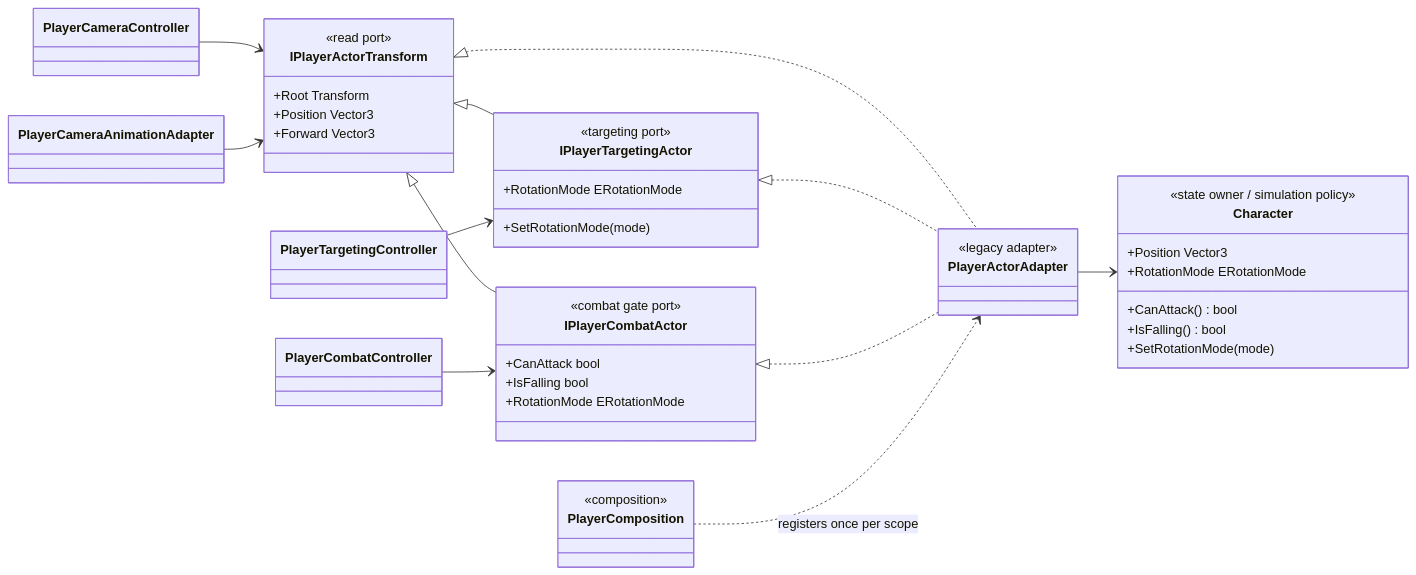
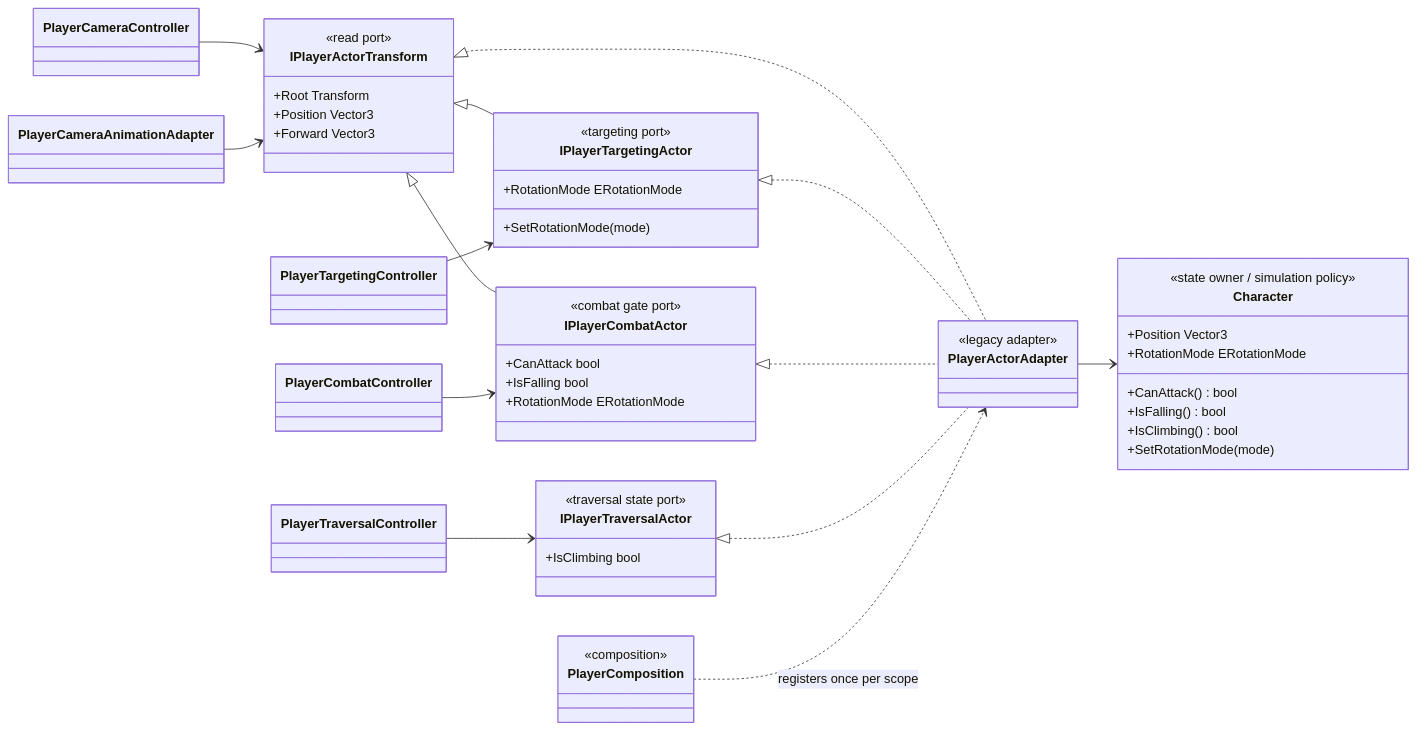
One commit to MaximFonariuc/project-s changed the first of 2 diagrams in Docs/Architecture/Player.ActorBoundary.md. Above: the diagram before and after it, drawn with Mermaid. The commit also changed other lines of this file and 26 other files, not shown here.

Commit message:
refactor: extract player traversal orchestration

````diff
--- a/Docs/Architecture/Player.ActorBoundary.md
+++ b/Docs/Architecture/Player.ActorBoundary.md
@@ -11,52 +11,60 @@
 ```mermaid
 classDiagram
     direction LR
 
     class IPlayerActorTransform {
         <<read port>>
         +Root Transform
         +Position Vector3
         +Forward Vector3
     }
     class IPlayerTargetingActor {
         <<targeting port>>
         +RotationMode ERotationMode
         +SetRotationMode(mode)
     }
     class IPlayerCombatActor {
         <<combat gate port>>
         +CanAttack bool
         +IsFalling bool
         +RotationMode ERotationMode
     }
+    class IPlayerTraversalActor {
+        <<traversal state port>>
+        +IsClimbing bool
+    }
     class PlayerActorAdapter {
         <<legacy adapter>>
     }
     class Character {
         <<state owner / simulation policy>>
         +Position Vector3
         +RotationMode ERotationMode
         +CanAttack() bool
         +IsFalling() bool
+        +IsClimbing() bool
         +SetRotationMode(mode)
     }
     class PlayerCameraController
     class PlayerCameraAnimationAdapter
     class PlayerTargetingController
     class PlayerCombatController
+    class PlayerTraversalController
     class PlayerComposition {
         <<composition>>
     }
 
     IPlayerActorTransform <|-- IPlayerTargetingActor
     IPlayerActorTransform <|-- IPlayerCombatActor
     IPlayerActorTransform <|.. PlayerActorAdapter
     IPlayerTargetingActor <|.. PlayerActorAdapter
     IPlayerCombatActor <|.. PlayerActorAdapter
+    IPlayerTraversalActor <|.. PlayerActorAdapter
     PlayerActorAdapter --> Character
     PlayerCameraController --> IPlayerActorTransform
     PlayerCameraAnimationAdapter --> IPlayerActorTransform
     PlayerTargetingController --> IPlayerTargetingActor
     PlayerCombatController --> IPlayerCombatActor
+    PlayerTraversalController --> IPlayerTraversalActor
     PlayerComposition ..> PlayerActorAdapter : registers once per scope
 ```
````
